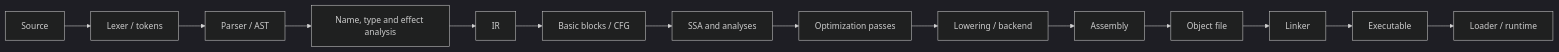
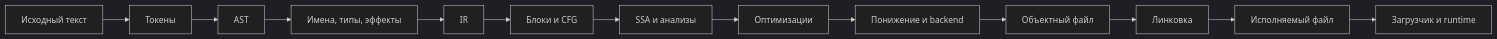
The diagram in docs/modules/01-pipeline-and-diagnostic.md (Misha1302/Middle-end-compiler-cource), drawn with Mermaid (dark theme) before and after one commit. The commit also changed other lines of this file and 47 other files, not shown here.

````diff
--- a/docs/modules/01-pipeline-and-diagnostic.md
+++ b/docs/modules/01-pipeline-and-diagnostic.md
@@ -78,9 +33,15 @@
 ```mermaid
 flowchart LR
-    S[Source] --> L[Lexer / tokens] --> P[Parser / AST]
-    P --> A[Name, type and effect analysis] --> I[IR]
-    I --> C[Basic blocks / CFG] --> SSA[SSA and analyses]
-    SSA --> O[Optimization passes] --> B[Lowering / backend]
-    B --> ASM[Assembly] --> OBJ[Object file] --> LINK[Linker]
-    LINK --> EXE[Executable] --> LOAD[Loader / runtime]
+  S[Исходный текст] --> T[Токены]
+  T --> AST[AST]
+  AST --> SEM[Имена, типы, эффекты]
+  SEM --> IR[IR]
+  IR --> CFG[Блоки и CFG]
+  CFG --> SSA[SSA и анализы]
+  SSA --> OPT[Оптимизации]
+  OPT --> LOW[Понижение и backend]
+  LOW --> OBJ[Объектный файл]
+  OBJ --> LINK[Линковка]
+  LINK --> EXE[Исполняемый файл]
+  EXE --> RUN[Загрузчик и runtime]
 ```
````
